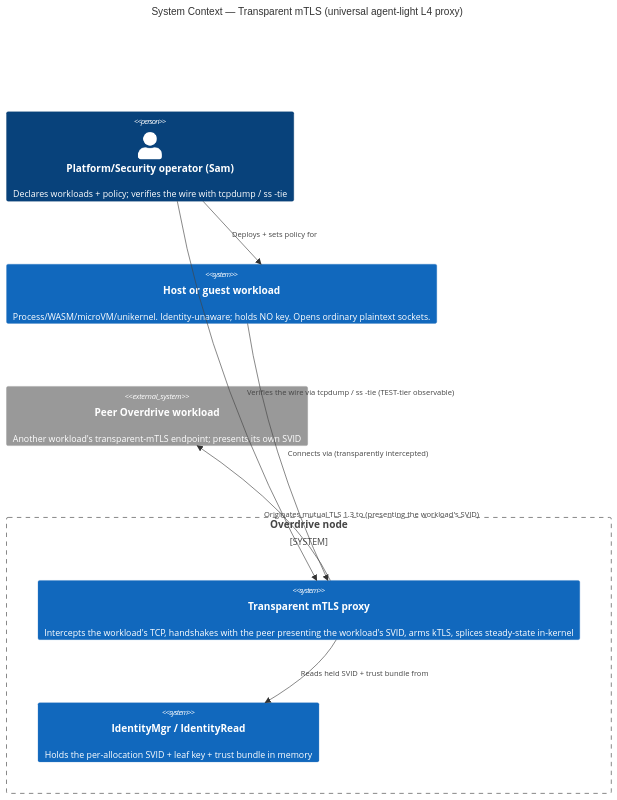
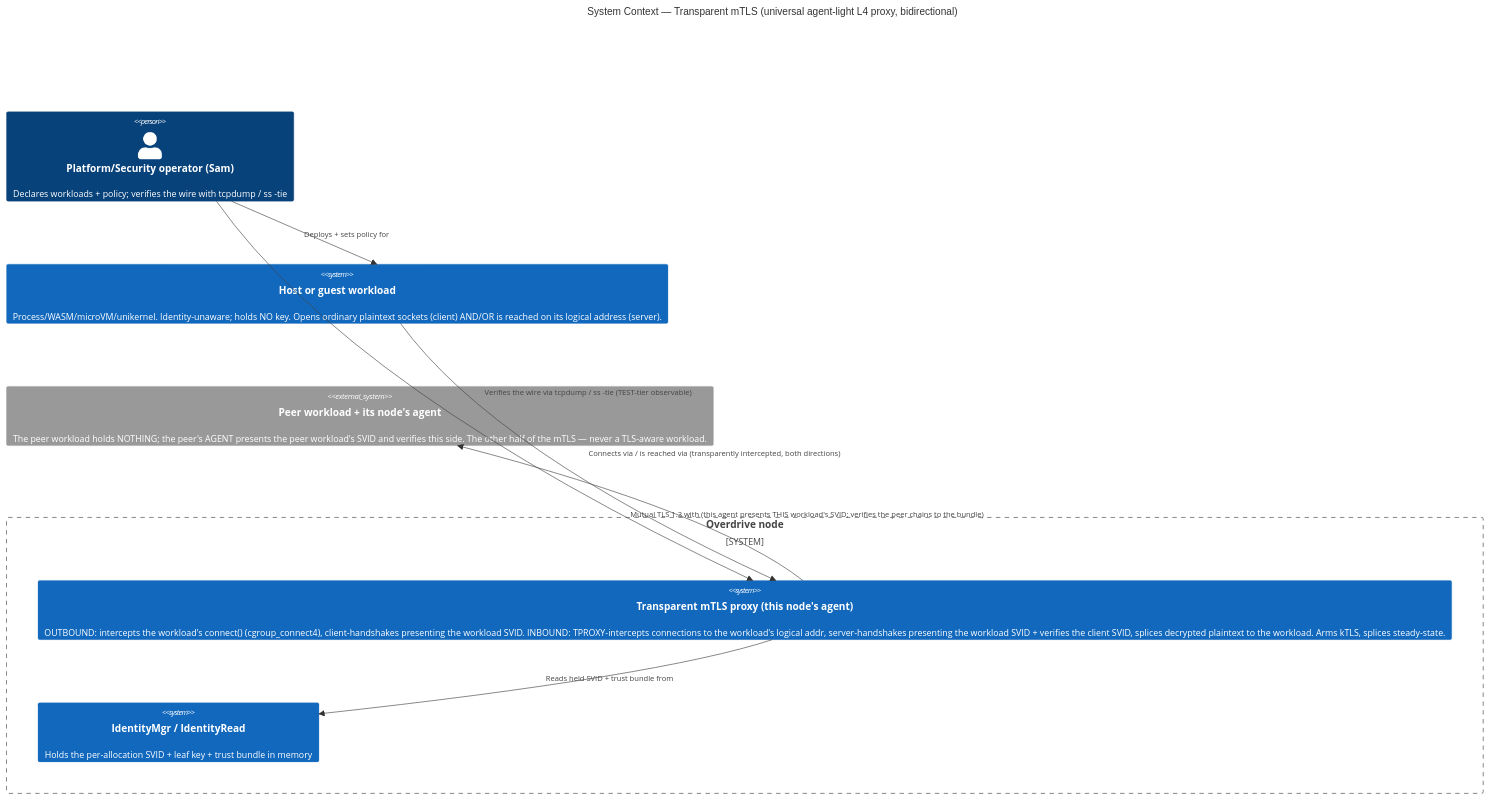
Before and after one commit to overdrive-sh/overdrive: the first of 4 diagrams in docs/feature/transparent-mtls-host-socket/design/c4-diagrams.md, drawn with Mermaid. The commit also changed other lines of this file and 22 other files, not shown here.

````diff
--- a/docs/feature/transparent-mtls-host-socket/design/c4-diagrams.md
+++ b/docs/feature/transparent-mtls-host-socket/design/c4-diagrams.md
@@ -16,17 +23,17 @@
 ```mermaid
 C4Context
-  title System Context — Transparent mTLS (universal agent-light L4 proxy)
+  title System Context — Transparent mTLS (universal agent-light L4 proxy, bidirectional)
   Person(operator, "Platform/Security operator (Sam)", "Declares workloads + policy; verifies the wire with tcpdump / ss -tie")
-  System(workload, "Host or guest workload", "Process/WASM/microVM/unikernel. Identity-unaware; holds NO key. Opens ordinary plaintext sockets.")
+  System(workload, "Host or guest workload", "Process/WASM/microVM/unikernel. Identity-unaware; holds NO key. Opens ordinary plaintext sockets (client) AND/OR is reached on its logical address (server).")
   System_Boundary(node, "Overdrive node") {
-    System(proxy, "Transparent mTLS proxy", "Intercepts the workload's TCP, handshakes with the peer presenting the workload's SVID, arms kTLS, splices steady-state in-kernel")
+    System(proxy, "Transparent mTLS proxy (this node's agent)", "OUTBOUND: intercepts the workload's connect() (cgroup_connect4), client-handshakes presenting the workload SVID. INBOUND: TPROXY-intercepts connections to the workload's logical addr, server-handshakes presenting the workload SVID + verifies the client SVID, splices decrypted plaintext to the workload. Arms kTLS, splices steady-state.")
     System(identity, "IdentityMgr / IdentityRead", "Holds the per-allocation SVID + leaf key + trust bundle in memory")
   }
-  System_Ext(peer, "Peer Overdrive workload", "Another workload's transparent-mTLS endpoint; presents its own SVID")
+  System_Ext(peeragent, "Peer workload + its node's agent", "The peer workload holds NOTHING; the peer's AGENT presents the peer workload's SVID and verifies this side. The other half of the mTLS — never a TLS-aware workload.")
 
   Rel(operator, workload, "Deploys + sets policy for")
-  Rel(workload, proxy, "Connects via (transparently intercepted)")
+  Rel(workload, proxy, "Connects via / is reached via (transparently intercepted, both directions)")
   Rel(proxy, identity, "Reads held SVID + trust bundle from")
-  Rel(proxy, peer, "Originates mutual TLS 1.3 to (presenting the workload's SVID)")
+  Rel(proxy, peeragent, "Mutual TLS 1.3 with (this agent presents THIS workload's SVID; verifies the peer chains to the bundle)")
   Rel(operator, proxy, "Verifies the wire via tcpdump / ss -tie (TEST-tier observable)")
 ```
````
